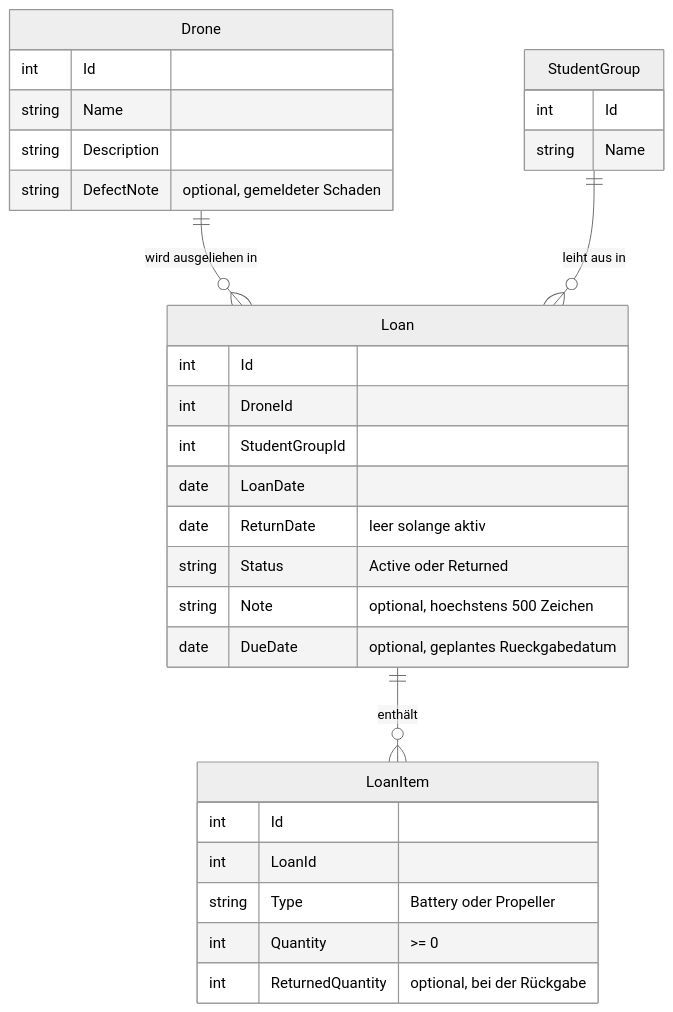
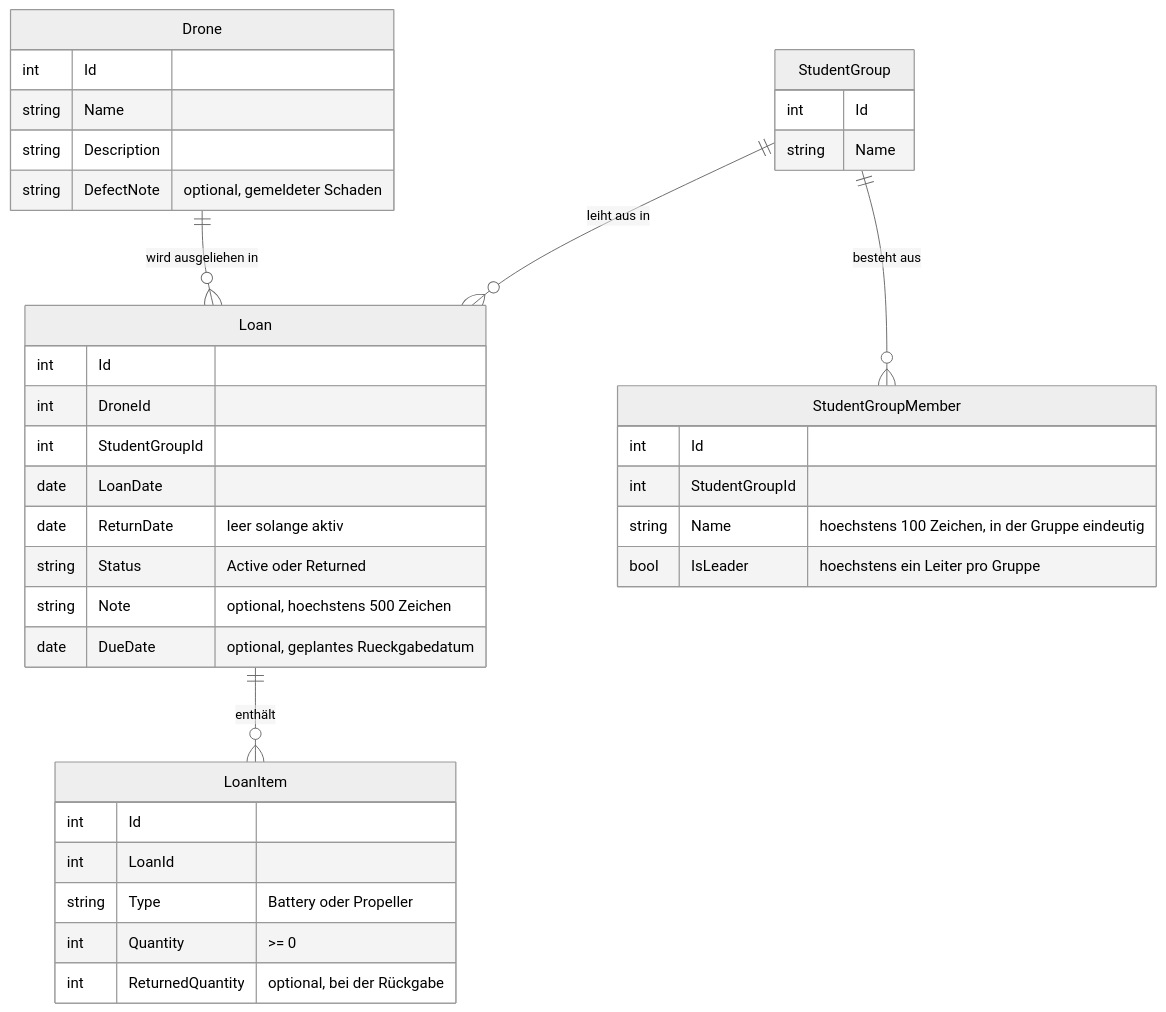
The diagram in docs/domain-model.md (AntonGschwendtner/Drohnenverwaltung_Gschwendtner_Sonnleitner), drawn with Mermaid (neutral theme) before and after one commit. The commit also changed other lines of this file and 4 other files, not shown here.

````diff
--- a/docs/domain-model.md
+++ b/docs/domain-model.md
@@ -19,34 +21,41 @@
 ```mermaid
 erDiagram
     Drone ||--o{ Loan : "wird ausgeliehen in"
     StudentGroup ||--o{ Loan : "leiht aus in"
+    StudentGroup ||--o{ StudentGroupMember : "besteht aus"
     Loan ||--o{ LoanItem : "enthält"
 
     Drone {
         int Id
         string Name
         string Description
         string DefectNote "optional, gemeldeter Schaden"
     }
     StudentGroup {
         int Id
         string Name
+    }
+    StudentGroupMember {
+        int Id
+        int StudentGroupId
+        string Name "hoechstens 100 Zeichen, in der Gruppe eindeutig"
+        bool IsLeader "hoechstens ein Leiter pro Gruppe"
     }
     Loan {
         int Id
         int DroneId
         int StudentGroupId
         date LoanDate
         date ReturnDate "leer solange aktiv"
         string Status "Active oder Returned"
         string Note "optional, hoechstens 500 Zeichen"
         date DueDate "optional, geplantes Rueckgabedatum"
     }
     LoanItem {
         int Id
         int LoanId
         string Type "Battery oder Propeller"
         int Quantity ">= 0"
         int ReturnedQuantity "optional, bei der Rückgabe"
     }
 ```
````
